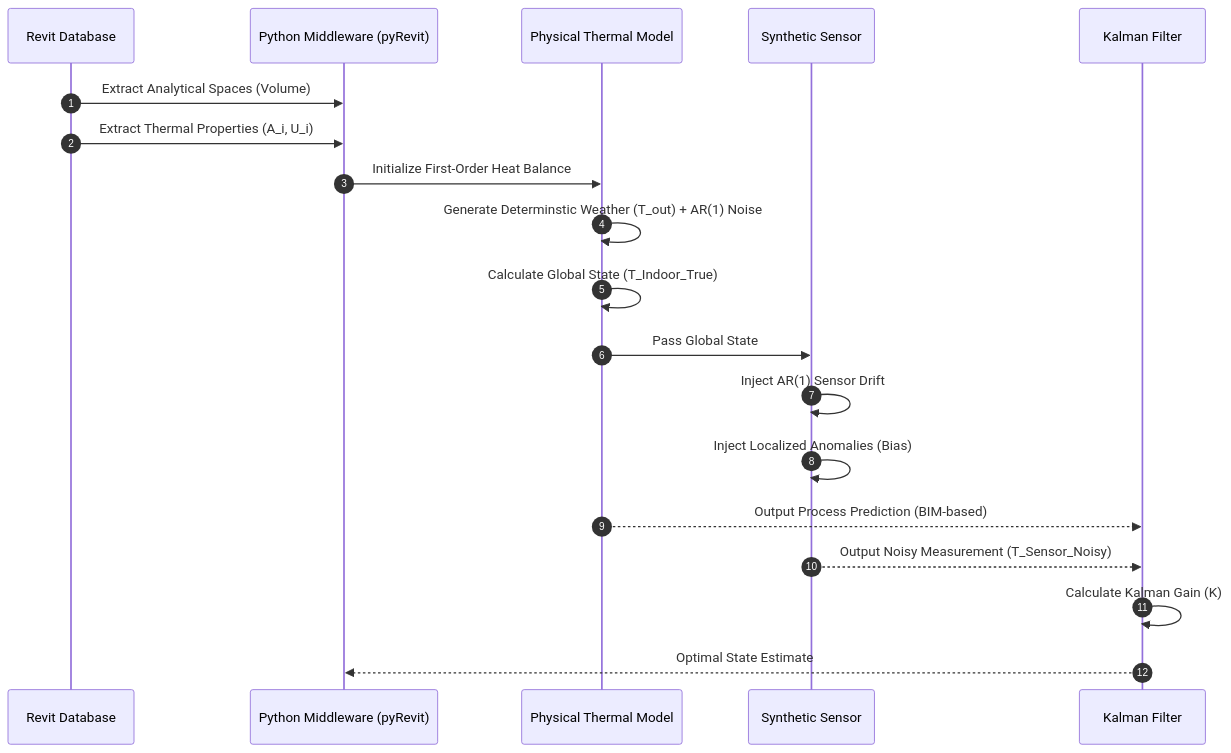
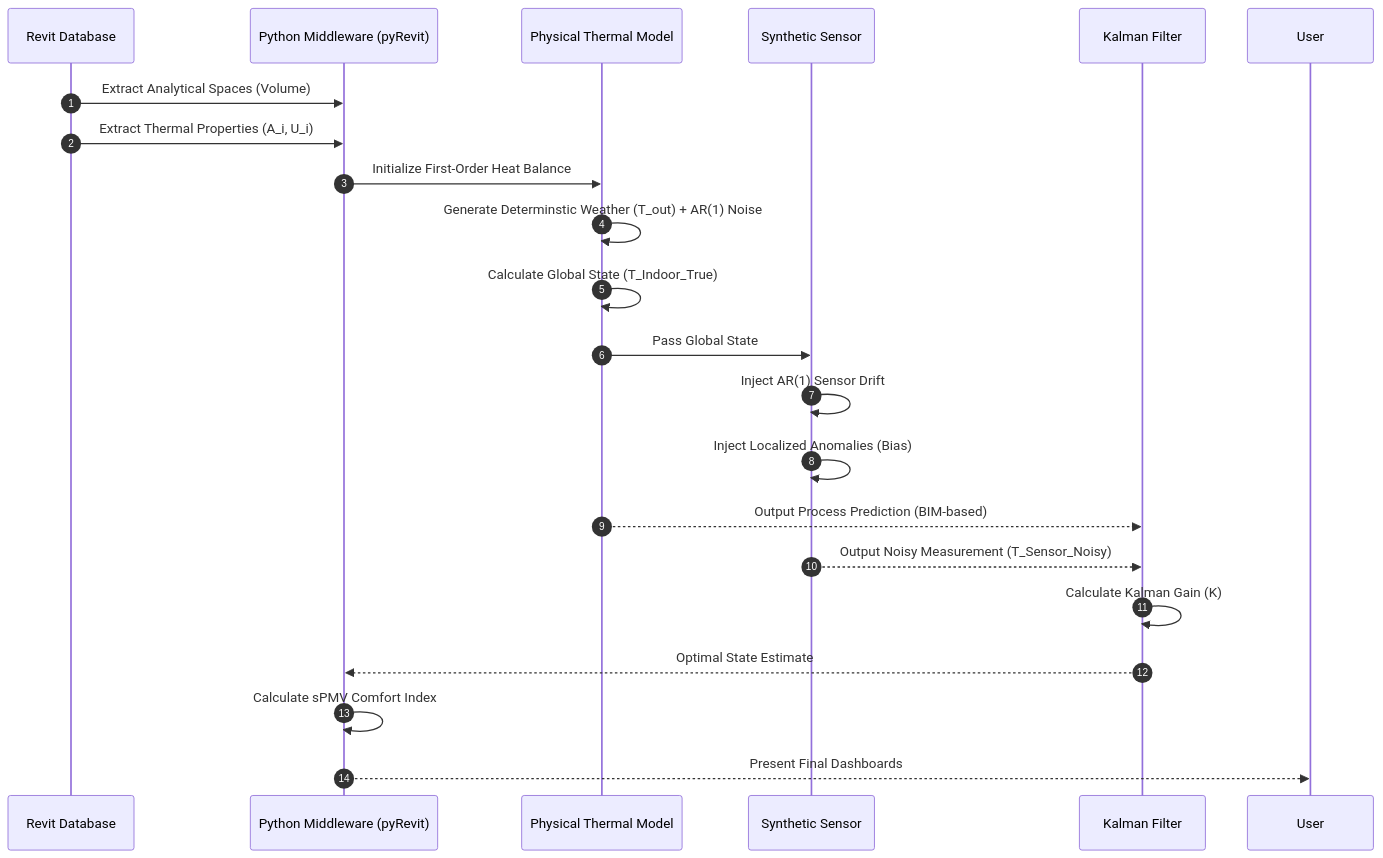
Before and after one commit to Adrian-Dehkhoda/Improved-Indoor-Temperature-Estimation-Using-BIM-Data-via-Revit-API-and-Python: the diagram in README.md, drawn with Mermaid. The commit also changed other lines of this file and 5 other files, not shown here.

````diff
--- a/README.md
+++ b/README.md
@@ -18,22 +25,24 @@
 ```mermaid
 sequenceDiagram
     autonumber
     participant Revit as Revit Database
     participant Middleware as Python Middleware (pyRevit)
     participant Physics as Physical Thermal Model
     participant Sensor as Synthetic Sensor
     participant Kalman as Kalman Filter
 
     Revit->>Middleware: Extract Analytical Spaces (Volume)
     Revit->>Middleware: Extract Thermal Properties (A_i, U_i)
     Middleware->>Physics: Initialize First-Order Heat Balance
     Physics->>Physics: Generate Determinstic Weather (T_out) + AR(1) Noise
     Physics->>Physics: Calculate Global State (T_Indoor_True)
     Physics->>Sensor: Pass Global State 
     Sensor->>Sensor: Inject AR(1) Sensor Drift
     Sensor->>Sensor: Inject Localized Anomalies (Bias)
     Physics-->>Kalman: Output Process Prediction (BIM-based)
     Sensor-->>Kalman: Output Noisy Measurement (T_Sensor_Noisy)
     Kalman->>Kalman: Calculate Kalman Gain (K)
     Kalman-->>Middleware: Optimal State Estimate
+    Middleware->>Middleware: Calculate sPMV Comfort Index
+    Middleware-->>User: Present Final Dashboards
 ```
````
